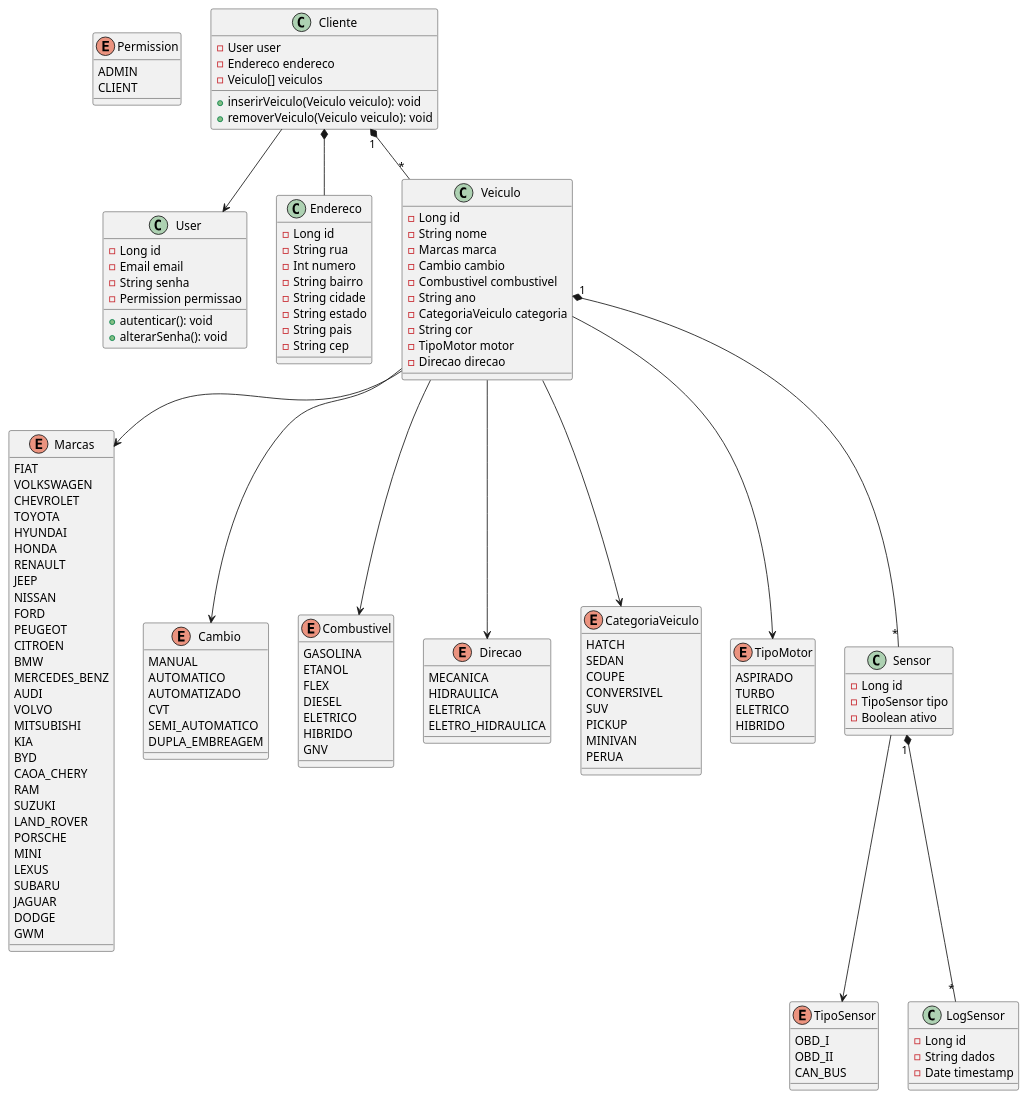
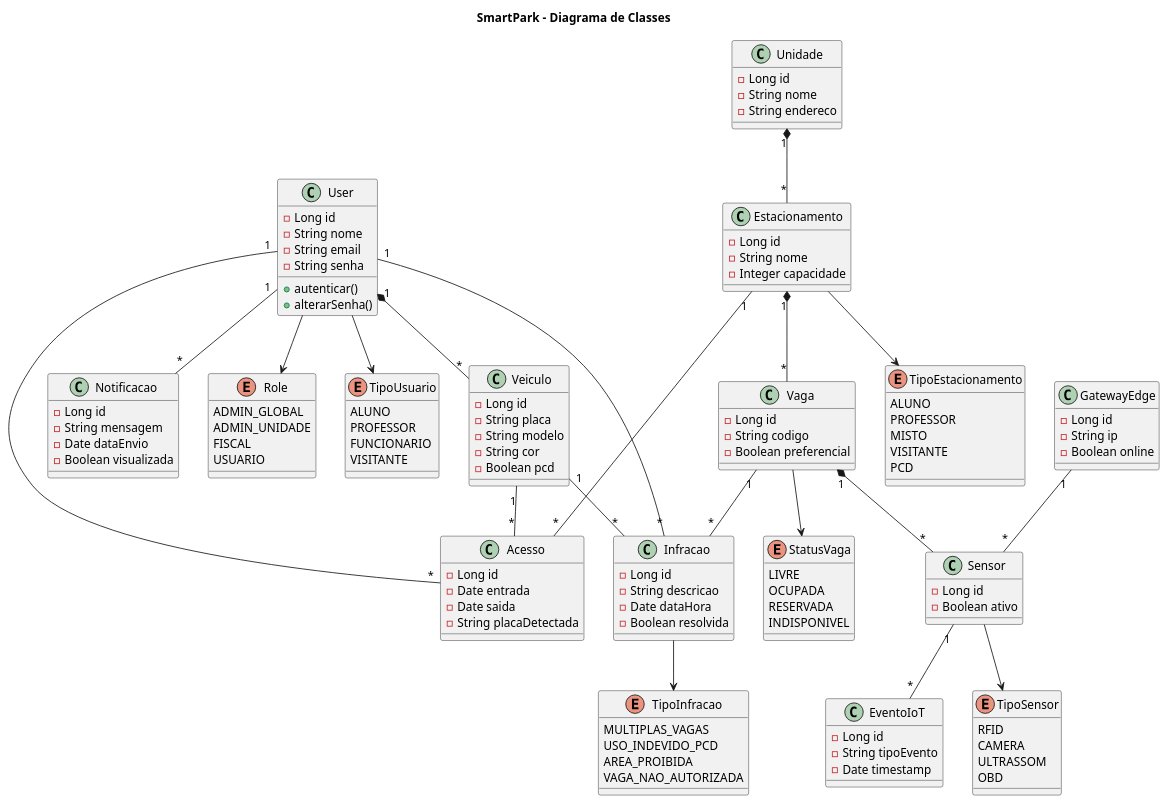
The diagram in code/class.puml (jjoaom/PS-PUCMG-SmartPark), drawn with PlantUML before and after one commit. The commit also changed 7 other files, not shown here.

```diff
--- a/code/class.puml
+++ b/code/class.puml
@@ -1,160 +1,178 @@
 @startuml
+title SmartPark - Diagrama de Classes
 
-enum Permission{
-    ADMIN
-    CLIENT
+' =========================
+' ENUMS
+' =========================
+
+enum Role {
+    ADMIN_GLOBAL
+    ADMIN_UNIDADE
+    FISCAL
+    USUARIO
 }
 
-class User{
-    -Long id
-    -Email email
-    -String senha
-    -Permission permissao
-    +autenticar(): void
-    +alterarSenha(): void
+enum TipoUsuario {
+    ALUNO
+    PROFESSOR
+    FUNCIONARIO
+    VISITANTE
 }
 
-class Cliente{
-    -User user
-    -Endereco endereco
-    -Veiculo[] veiculos
-
-    +inserirVeiculo(Veiculo veiculo): void
-    +removerVeiculo(Veiculo veiculo): void
+enum TipoEstacionamento {
+    ALUNO
+    PROFESSOR
+    MISTO
+    VISITANTE
+    PCD
 }
 
-class Endereco{
-    -Long id
-    -String rua
-    -Int numero
-    -String bairro
-    -String cidade
-    -String estado
-    -String pais
-    -String cep
+enum StatusVaga {
+    LIVRE
+    OCUPADA
+    RESERVADA
+    INDISPONIVEL
 }
 
-enum Marcas {
-  FIAT
-  VOLKSWAGEN
-  CHEVROLET
-  TOYOTA
-  HYUNDAI
-  HONDA
-  RENAULT
-  JEEP
-  NISSAN
-  FORD
-  PEUGEOT
-  CITROEN
-  BMW
-  MERCEDES_BENZ
-  AUDI
-  VOLVO
-  MITSUBISHI
-  KIA
-  BYD
-  CAOA_CHERY
-  RAM
-  SUZUKI
-  LAND_ROVER
-  PORSCHE
-  MINI
-  LEXUS
-  SUBARU
-  JAGUAR
-  DODGE
-  GWM
-}
-
-enum Cambio{
-  MANUAL
-  AUTOMATICO
-  AUTOMATIZADO
-  CVT
-  SEMI_AUTOMATICO
-  DUPLA_EMBREAGEM
-}
-
-enum Combustivel{
-  GASOLINA
-  ETANOL
-  FLEX
-  DIESEL
-  ELETRICO
-  HIBRIDO
-  GNV
-}
-
-enum Direcao {
-  MECANICA
-  HIDRAULICA
-  ELETRICA
-  ELETRO_HIDRAULICA
-}
-
-enum CategoriaVeiculo {
-  HATCH
-  SEDAN
-  COUPE
-  CONVERSIVEL
-  SUV
-  PICKUP
-  MINIVAN
-  PERUA
-}
-
-enum TipoMotor {
-  ASPIRADO
-  TURBO
-  ELETRICO
-  HIBRIDO
+enum TipoInfracao {
+    MULTIPLAS_VAGAS
+    USO_INDEVIDO_PCD
+    AREA_PROIBIDA
+    VAGA_NAO_AUTORIZADA
 }
 
 enum TipoSensor {
-  OBD_I
-  OBD_II
-  CAN_BUS
+    RFID
+    CAMERA
+    ULTRASSOM
+    OBD
 }
 
-class Veiculo{
+' =========================
+' USUÁRIOS
+' =========================
+
+class User {
     -Long id
     -String nome
-    -Marcas marca
-    -Cambio cambio
-    -Combustivel combustivel
-    -String ano
-    -CategoriaVeiculo categoria
-    -String cor
-    -TipoMotor motor
-    -Direcao direcao
+    -String email
+    -String senha
+
+    +autenticar()
+    +alterarSenha()
 }
 
-class Sensor{
+class Veiculo {
     -Long id
-    -TipoSensor tipo
+    -String placa
+    -String modelo
+    -String cor
+    -Boolean pcd
+}
+
+User --> Role
+User --> TipoUsuario
+
+User "1" *-- "*" Veiculo
+
+' =========================
+' ESTRUTURA CAMPUS
+' =========================
+
+class Unidade {
+    -Long id
+    -String nome
+    -String endereco
+}
+
+class Estacionamento {
+    -Long id
+    -String nome
+    -Integer capacidade
+}
+
+class Vaga {
+    -Long id
+    -String codigo
+    -Boolean preferencial
+}
+
+Estacionamento --> TipoEstacionamento
+Vaga --> StatusVaga
+
+Unidade "1" *-- "*" Estacionamento
+Estacionamento "1" *-- "*" Vaga
+
+' =========================
+' ACESSO
+' =========================
+
+class Acesso {
+    -Long id
+    -Date entrada
+    -Date saida
+    -String placaDetectada
+}
+
+User "1" -- "*" Acesso
+Veiculo "1" -- "*" Acesso
+Estacionamento "1" -- "*" Acesso
+
+' =========================
+' IOT
+' =========================
+
+class Sensor {
+    -Long id
     -Boolean ativo
 }
 
-class LogSensor{
+class GatewayEdge {
     -Long id
-    -String dados
+    -String ip
+    -Boolean online
+}
+
+class EventoIoT {
+    -Long id
+    -String tipoEvento
     -Date timestamp
 }
 
-Cliente --> User
-Cliente *-- Endereco
-Cliente "1" *-- "*" Veiculo
-
-Veiculo "1" *-- "*" Sensor
-Sensor "1" *-- "*" LogSensor
-
-Veiculo --> Marcas
-Veiculo --> Cambio
-Veiculo --> Combustivel
-Veiculo --> Direcao
-Veiculo --> CategoriaVeiculo
-Veiculo --> TipoMotor
 Sensor --> TipoSensor
 
+Vaga "1" *-- "*" Sensor
+GatewayEdge "1" -- "*" Sensor
+Sensor "1" -- "*" EventoIoT
+
+' =========================
+' INFRAÇÕES
+' =========================
+
+class Infracao {
+    -Long id
+    -String descricao
+    -Date dataHora
+    -Boolean resolvida
+}
+
+Infracao --> TipoInfracao
+
+User "1" -- "*" Infracao
+Veiculo "1" -- "*" Infracao
+Vaga "1" -- "*" Infracao
+
+' =========================
+' NOTIFICAÇÕES
+' =========================
+
+class Notificacao {
+    -Long id
+    -String mensagem
+    -Date dataEnvio
+    -Boolean visualizada
+}
+
+User "1" -- "*" Notificacao
+
 @enduml
```
